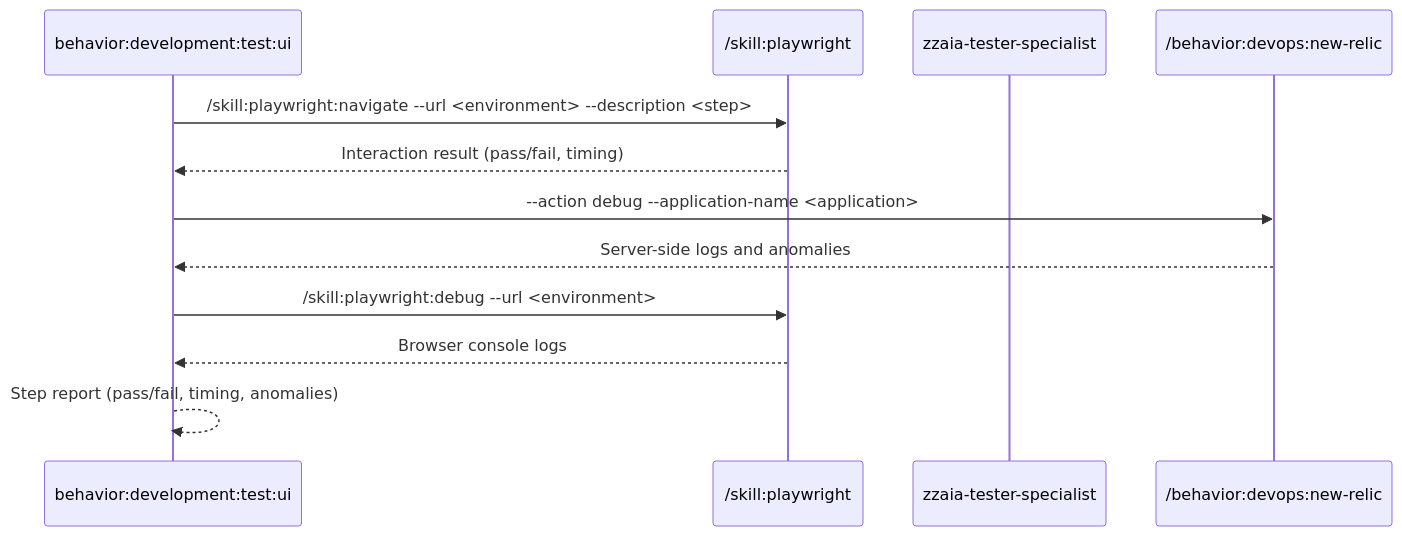
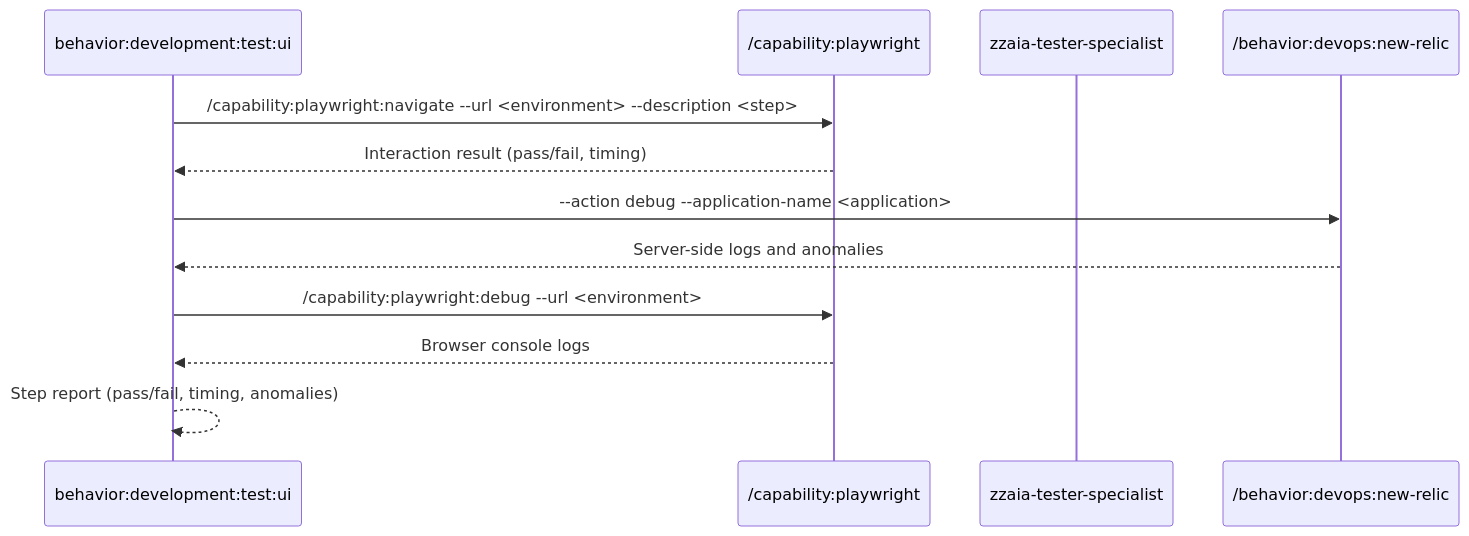
Before and after one commit to zzaia/zzaia-agentic-workspace: the diagram in .claude/commands/behavior/development/test/ui/SKILL.md, drawn with Mermaid. The commit also changed other lines of this file and 106 other files, not shown here.

Commit message:
Change the skill layer to capability to avoid confusion between the skill pattern;

````diff
--- a/.claude/commands/behavior/development/test/ui/SKILL.md
+++ b/.claude/commands/behavior/development/test/ui/SKILL.md
@@ -53,15 +53,15 @@
 ```mermaid
 sequenceDiagram
     participant C as behavior:development:test:ui
-    participant PW as /skill:playwright
+    participant PW as /capability:playwright
     participant TS as zzaia-tester-specialist
     participant NR as /behavior:devops:new-relic
 
-    C->>PW: /skill:playwright:navigate --url <environment> --description <step>
+    C->>PW: /capability:playwright:navigate --url <environment> --description <step>
     PW-->>C: Interaction result (pass/fail, timing)
     C->>NR: --action debug --application-name <application>
     NR-->>C: Server-side logs and anomalies
-    C->>PW: /skill:playwright:debug --url <environment>
+    C->>PW: /capability:playwright:debug --url <environment>
     PW-->>C: Browser console logs
     C-->>C: Step report (pass/fail, timing, anomalies)
 ```
````
